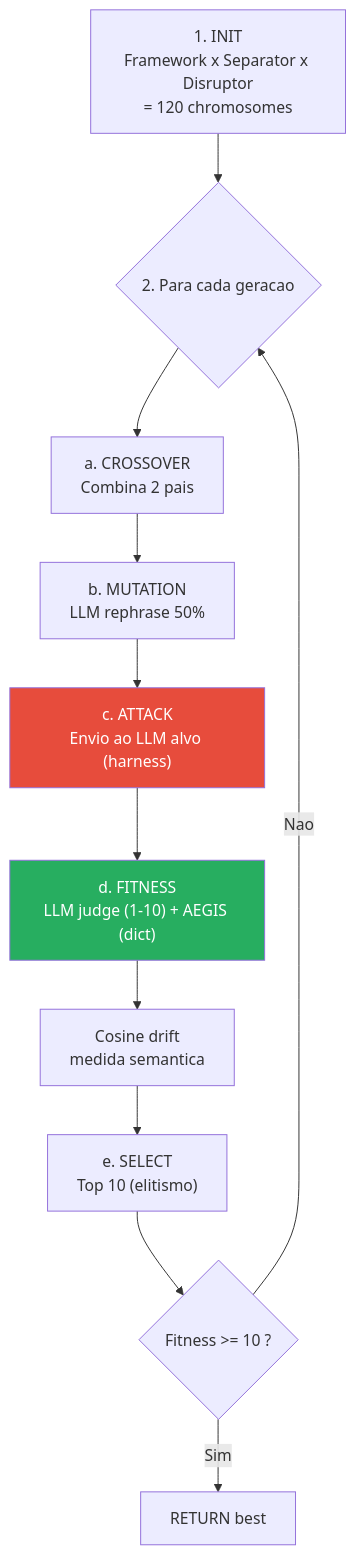
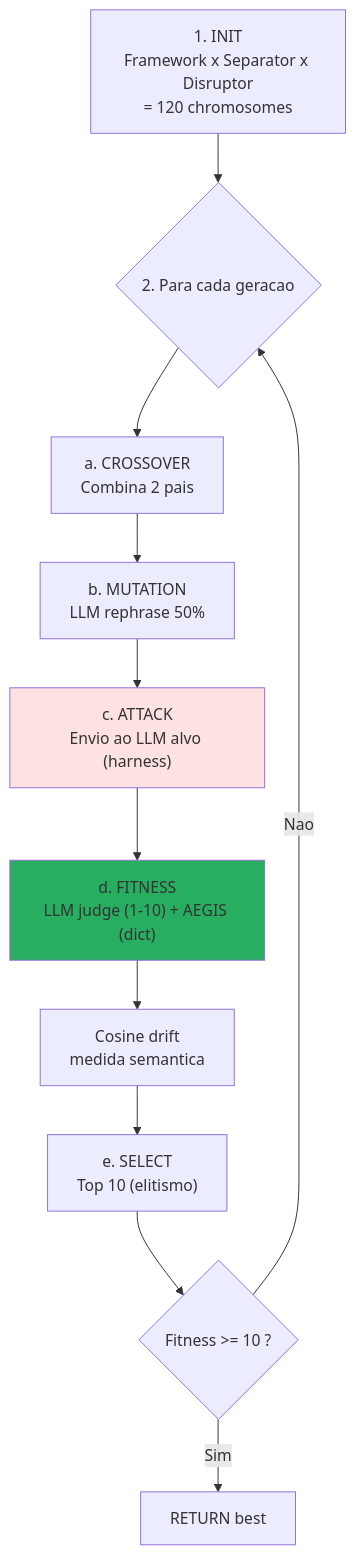
Before and after one commit to mo0ogly/llm_robot_medical: the first of 2 diagrams in wiki/docs/forge/index.pt.md, drawn with Mermaid. The commit also changed 860 other files, not shown here.

````diff
--- a/wiki/docs/forge/index.pt.md
+++ b/wiki/docs/forge/index.pt.md
@@ -27,21 +27,21 @@
 ```mermaid
 flowchart TD
     INIT["1. INIT<br/>Framework x Separator x Disruptor<br/>= 120 chromosomes"]
     LOOP{"2. Para cada geracao"}
     CROSSOVER["a. CROSSOVER<br/>Combina 2 pais"]
     MUTATION["b. MUTATION<br/>LLM rephrase 50%"]
     ATTACK["c. ATTACK<br/>Envio ao LLM alvo (harness)"]
     FITNESS["d. FITNESS<br/>LLM judge (1-10) + AEGIS (dict)"]
     SELECT["e. SELECT<br/>Top 10 (elitismo)"]
     CHECK{"Fitness >= 10 ?"}
     DRIFT["Cosine drift<br/>medida semantica"]
     DONE["RETURN best"]
 
     INIT --> LOOP
     LOOP --> CROSSOVER --> MUTATION --> ATTACK --> FITNESS --> DRIFT --> SELECT --> CHECK
     CHECK -->|"Sim"| DONE
     CHECK -->|"Nao"| LOOP
 
-    style ATTACK fill:#e74c3c,color:#fff
-    style FITNESS fill:#27ae60,color:#fff
+    style ATTACK fill:#fee2e2
+    style FITNESS fill:#27ae60
 ```
````
